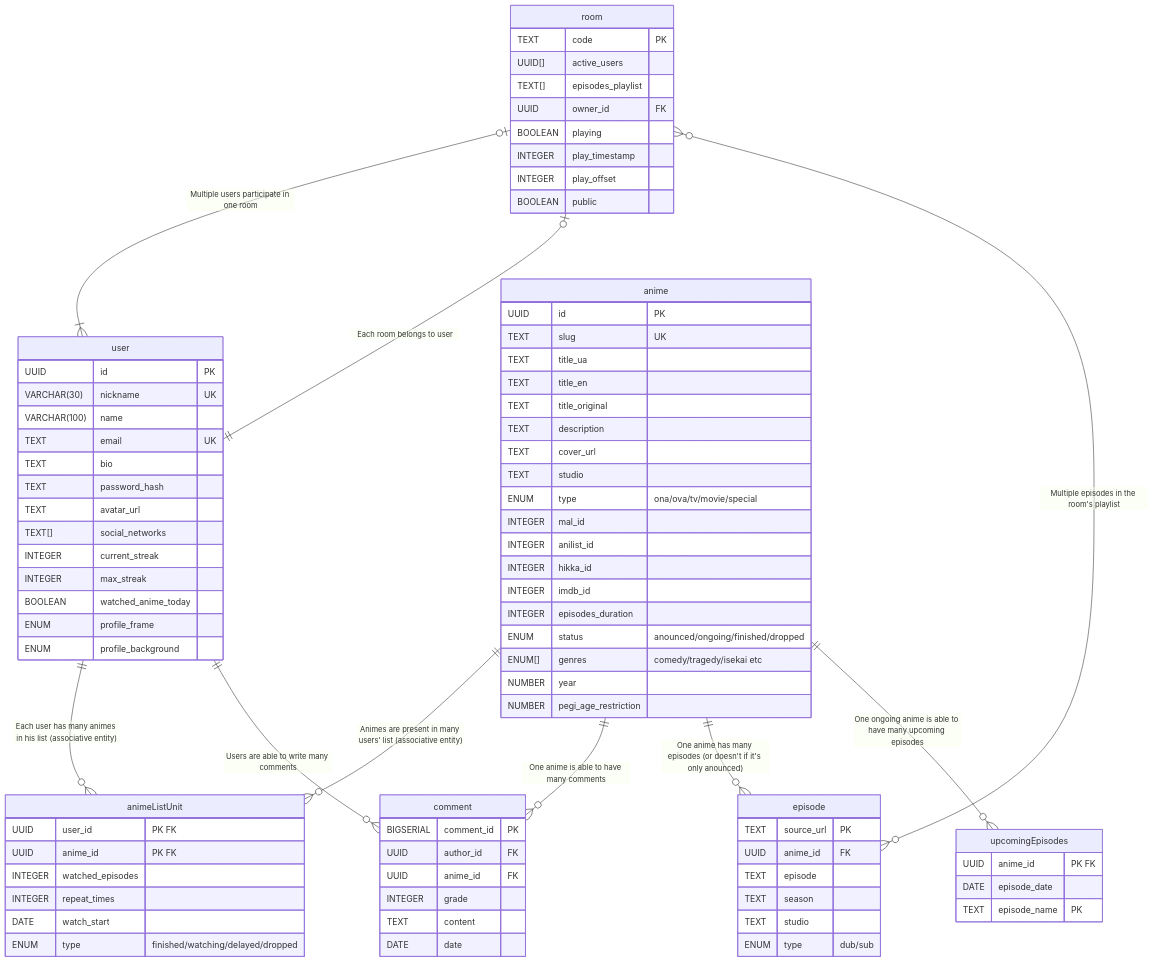
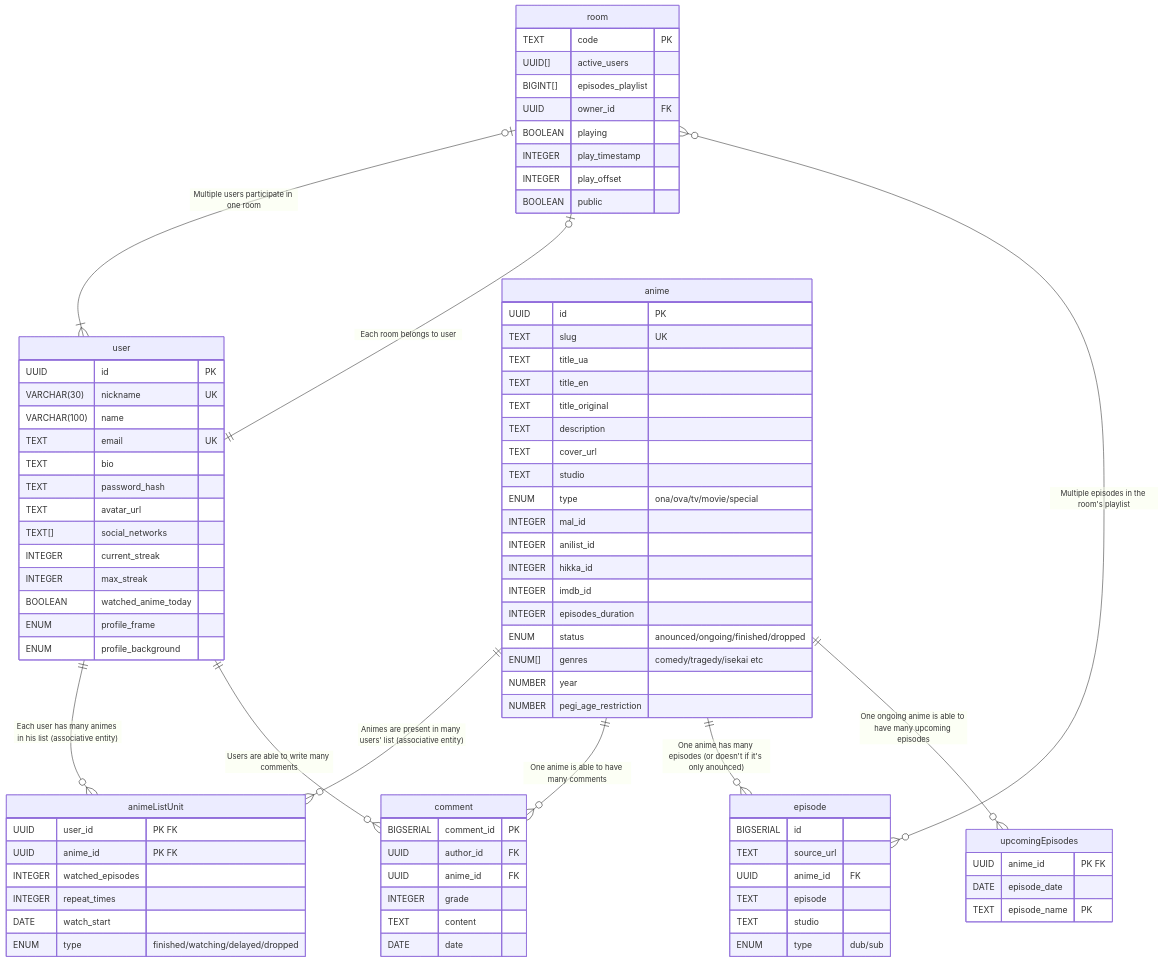
One commit to dadencukillia/db-intro-course changed the diagram in labs/1 - ER Diagram/erd.mmd. Above: the diagram before and after it, drawn with Mermaid. The commit also changed 1 other file, not shown here.

```diff
--- a/labs/1 - ER Diagram/erd.mmd
+++ b/labs/1 - ER Diagram/erd.mmd
@@ -1,91 +1,91 @@
 erDiagram
   user {
     UUID id  "PK"  
     VARCHAR(30) nickname  "UK"  
     VARCHAR(100) name  ""  
     TEXT email  "UK"  
     TEXT bio  ""  
     TEXT password_hash  ""  
     TEXT avatar_url  ""  
     TEXT[] social_networks  ""  
     INTEGER current_streak  ""  
     INTEGER max_streak  ""  
     BOOLEAN watched_anime_today  ""  
     ENUM profile_frame  ""  
     ENUM profile_background  ""  
   }
 
   anime {
     UUID id  "PK"  
     TEXT slug  "UK"  
     TEXT title_ua  ""  
     TEXT title_en  ""  
     TEXT title_original  ""  
     TEXT description  ""  
     TEXT cover_url  ""  
     TEXT studio  ""
     ENUM type "ona/ova/tv/movie/special"
     INTEGER mal_id  ""  
     INTEGER anilist_id  ""  
     INTEGER hikka_id  ""  
     INTEGER imdb_id  ""  
     INTEGER episodes_duration  ""  
     ENUM status  "anounced/ongoing/finished/dropped"  
     ENUM[] genres  "comedy/tragedy/isekai etc"  
     NUMBER year  ""  
     NUMBER pegi_age_restriction  ""  
   }
 
   episode {
-    TEXT source_url  "PK"  
+    BIGSERIAL id ""
+    TEXT source_url  ""  
     UUID anime_id  "FK"  
     TEXT episode  ""
-    TEXT season  "" 
     TEXT studio  ""
     ENUM type  "dub/sub"  
   }
 
   comment {
     BIGSERIAL comment_id "PK"
     UUID author_id "FK"
     UUID anime_id  "FK"
     INTEGER grade
     TEXT content
     DATE date
   }
 
   room {
     TEXT code "PK"
     UUID[] active_users
-    TEXT[] episodes_playlist
+    BIGINT[] episodes_playlist
     UUID owner_id "FK"
     BOOLEAN playing
     INTEGER play_timestamp
     INTEGER play_offset
     BOOLEAN public
   }
 
   animeListUnit {
     UUID user_id "PK FK"
     UUID anime_id "PK FK"
     INTEGER watched_episodes
     INTEGER repeat_times
     DATE watch_start
     ENUM type "finished/watching/delayed/dropped"
   }
 
   upcomingEpisodes {
     UUID anime_id "PK FK"
     DATE episode_date
     TEXT episode_name "PK" 
   }
 
   anime ||--O{ animeListUnit : "Animes are present in many users' list (associative entity)"
   user ||--O{ animeListUnit : "Each user has many animes in his list (associative entity)" 
   room |O--|{ user : "Multiple users participate in one room"
   room |O--|| user : "Each room belongs to user"
   room }O--O{ episode : "Multiple episodes in the room's playlist"
   user ||--O{ comment : "Users are able to write many comments"
   anime ||--O{ comment : "One anime is able to have many comments"
   anime ||--O{ episode : "One anime has many episodes (or doesn't if it's only anounced)"
   anime ||--O{ upcomingEpisodes : "One ongoing anime is able to have many upcoming episodes"
```
